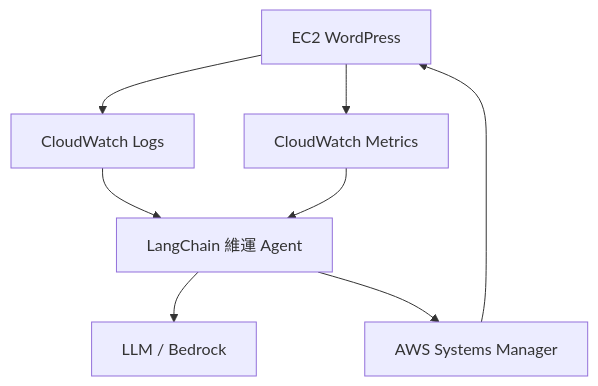
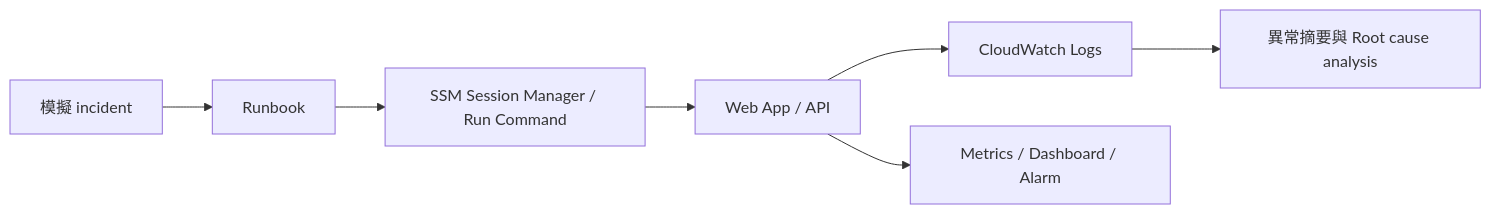
The second of 7 diagrams in docs/architecture/README.md (ChaoMing0815/AWS-cloud-lab), drawn with Mermaid before and after one commit. The commit also changed other lines of this file and 11 other files, not shown here.

Commit message:
docs(plan): align roadmap across tiers 0 through 5

````diff
--- a/docs/architecture/README.md
+++ b/docs/architecture/README.md
@@ -29,10 +37,9 @@
 ```mermaid
-flowchart TD
-    Web["EC2 WordPress"] --> Logs["CloudWatch Logs"]
-    Web --> Metrics["CloudWatch Metrics"]
-    Logs --> Agent["LangChain 維運 Agent"]
-    Metrics --> Agent
-    Agent --> LLM["LLM / Bedrock"]
-    Agent --> SSM["AWS Systems Manager"]
-    SSM --> Web
+flowchart LR
+    APP["Web App / API"] --> LOG["CloudWatch Logs"]
+    APP --> METRIC["Metrics / Dashboard / Alarm"]
+    ALARM["模擬 incident"] --> RUNBOOK["Runbook"]
+    RUNBOOK --> SSM["SSM Session Manager / Run Command"]
+    SSM --> APP
+    LOG --> RCA["異常摘要與 Root cause analysis"]
 ```
````
